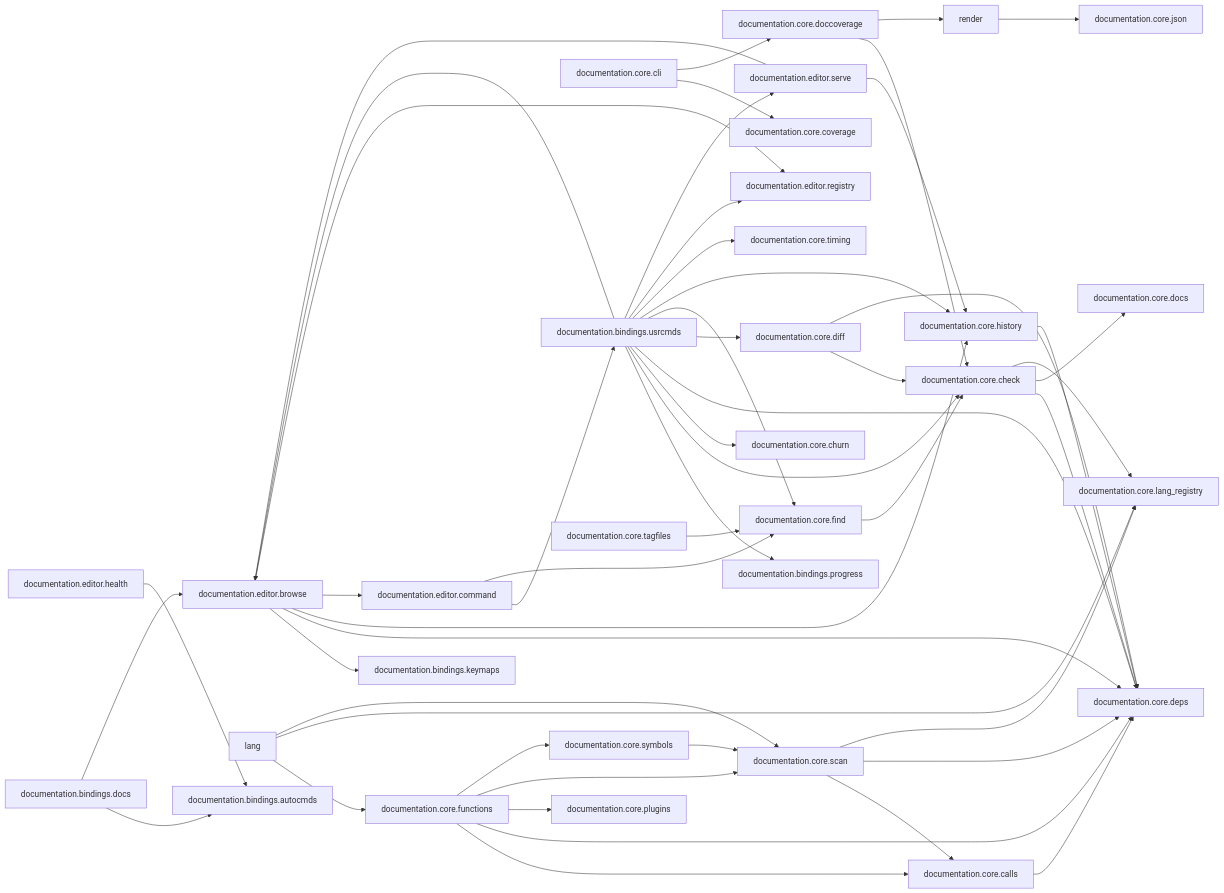
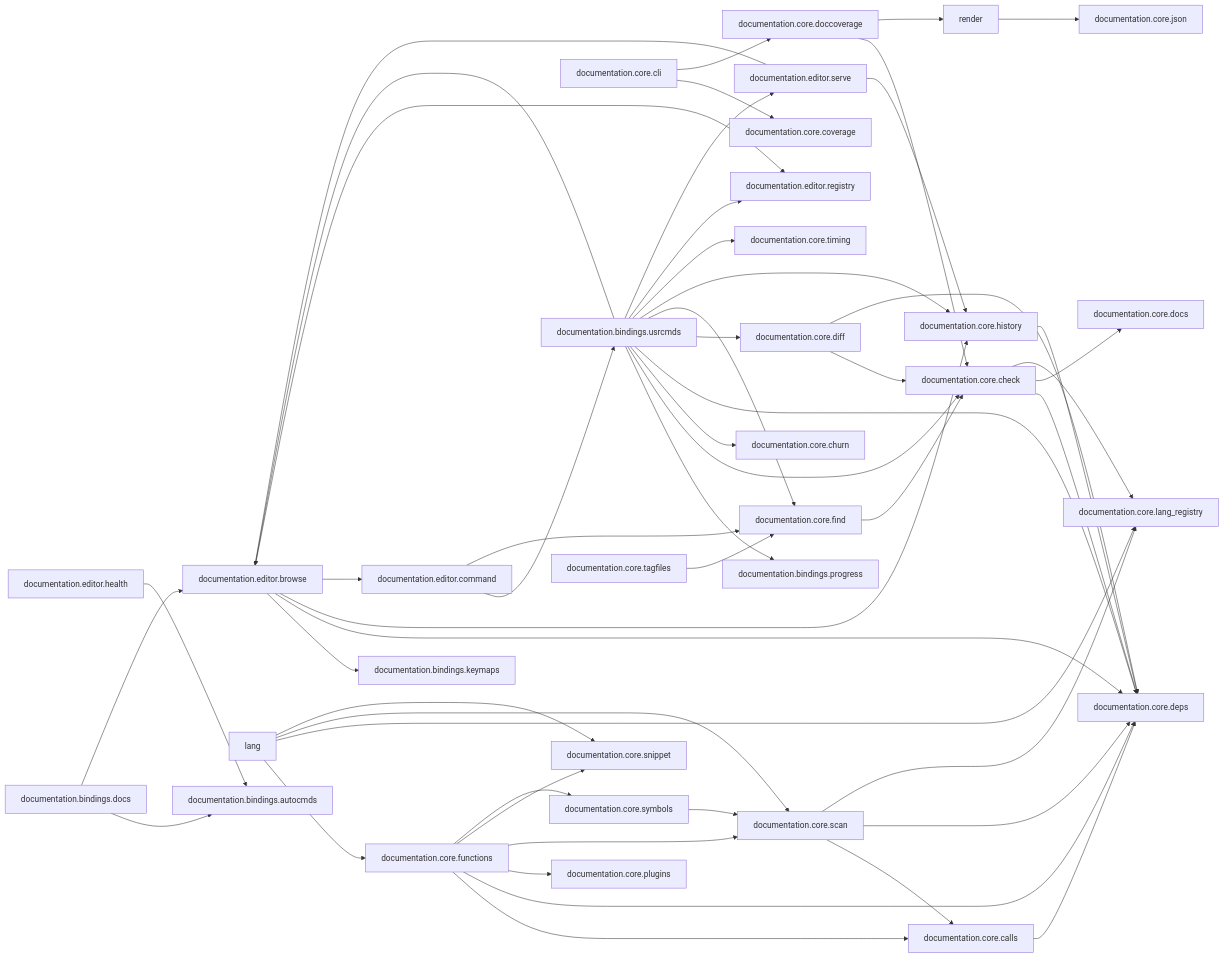
One commit to StefanBartl/documentation.nvim changed the second of 2 diagrams in docs/map/overview.md. Above: the diagram before and after it, drawn with Mermaid. The commit also changed other lines of this file and 11 other files, not shown here.

```diff
--- a/docs/map/overview.md
+++ b/docs/map/overview.md
@@ -64,6 +64,7 @@
   nlua_documentation_core_plugins_lua["documentation.core.plugins"]
   nlua_documentation_core_render["render"]
   nlua_documentation_core_scan_lua["documentation.core.scan"]
+  nlua_documentation_core_snippet_lua["documentation.core.snippet"]
   nlua_documentation_core_symbols_lua["documentation.core.symbols"]
   nlua_documentation_core_tagfiles_lua["documentation.core.tagfiles"]
   nlua_documentation_core_timing_lua["documentation.core.timing"]
@@ -100,11 +101,13 @@
   nlua_documentation_core_functions_lua --> nlua_documentation_core_deps_lua
   nlua_documentation_core_functions_lua --> nlua_documentation_core_plugins_lua
   nlua_documentation_core_functions_lua --> nlua_documentation_core_scan_lua
+  nlua_documentation_core_functions_lua --> nlua_documentation_core_snippet_lua
   nlua_documentation_core_functions_lua --> nlua_documentation_core_symbols_lua
   nlua_documentation_core_history_lua --> nlua_documentation_core_deps_lua
   nlua_documentation_core_lang --> nlua_documentation_core_functions_lua
   nlua_documentation_core_lang --> nlua_documentation_core_lang_registry_lua
   nlua_documentation_core_lang --> nlua_documentation_core_scan_lua
+  nlua_documentation_core_lang --> nlua_documentation_core_snippet_lua
   nlua_documentation_core_render --> nlua_documentation_core_json_lua
   nlua_documentation_core_scan_lua --> nlua_documentation_core_calls_lua
   nlua_documentation_core_scan_lua --> nlua_documentation_core_deps_lua
```
